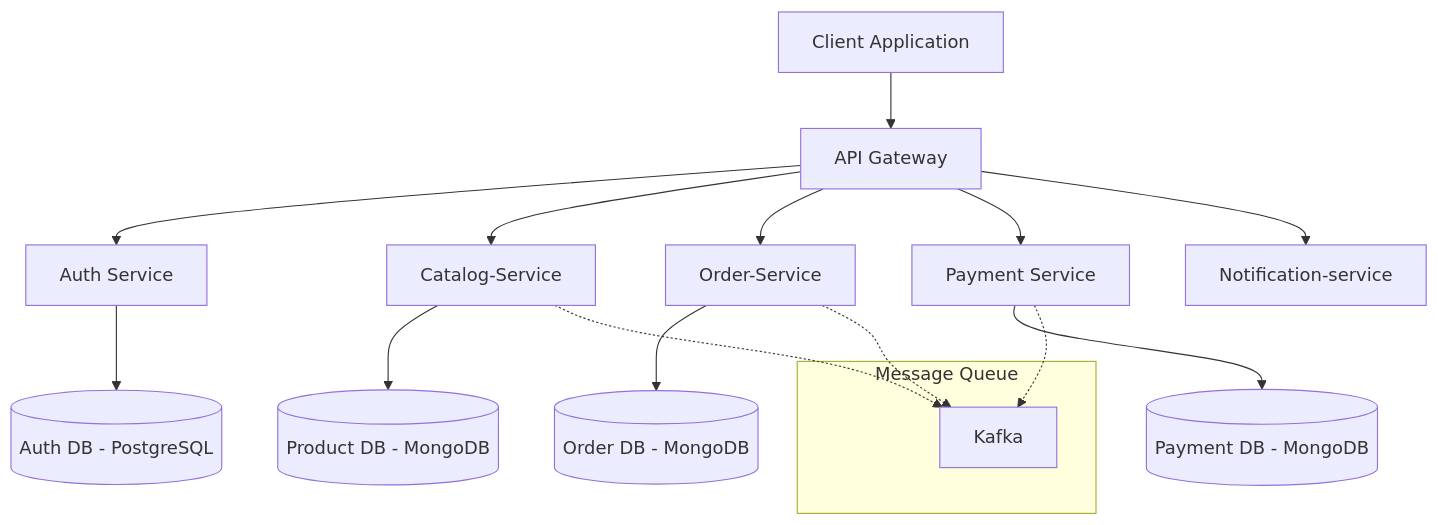
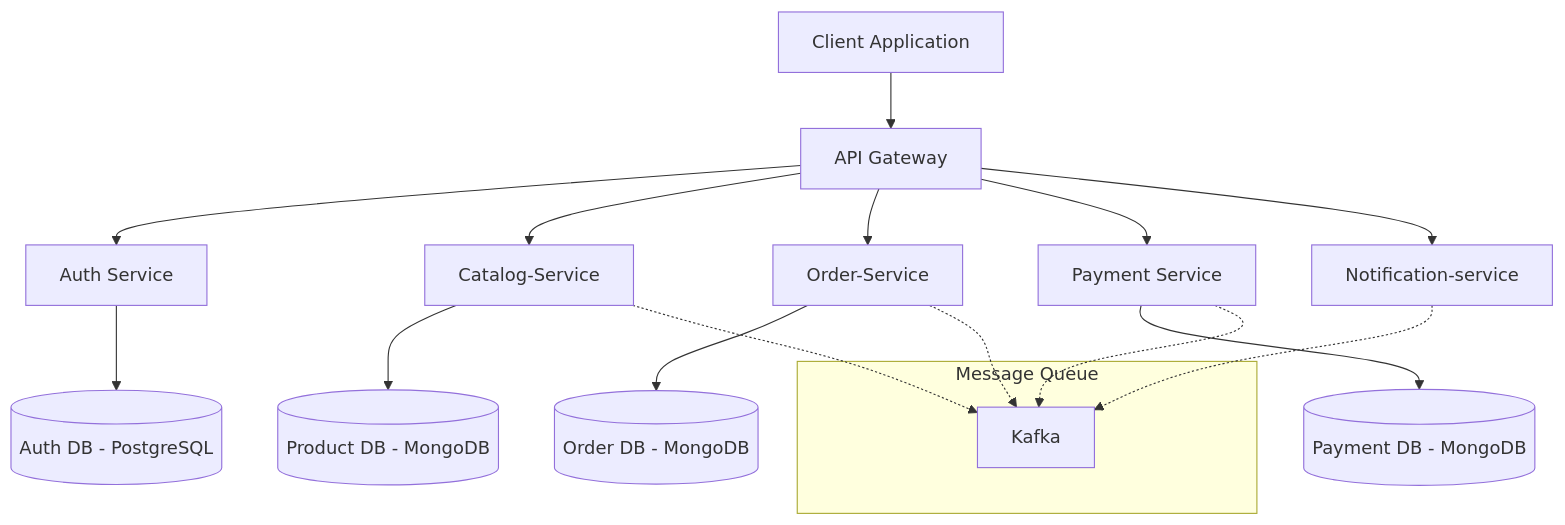
One commit to jabinv13/CrunchCab_Microservice changed the diagram in README.md. Above: the diagram before and after it, drawn with Mermaid.

````diff
--- a/README.md
+++ b/README.md
@@ -43,23 +43,24 @@
 ```mermaid
 graph TD
     Client[Client Application] --> Gateway[API Gateway]
     Gateway --> Auth[Auth Service]
     Gateway --> Products[Catalog-Service]
     Gateway --> Orders[Order-Service]
     Gateway --> Payments[Payment Service]
     Gateway --> Notification[Notification-service]
     
     Auth --> AuthDB[(Auth DB - PostgreSQL)]
     Products --> ProductDB[(Product DB - MongoDB)]
     Orders --> OrderDB[(Order DB - MongoDB)]
     Payments --> PaymentDB[(Payment DB - MongoDB)]
     
     subgraph Message Queue
         Kafka
     end
     
     
     Products -.-> Kafka
     Orders -.-> Kafka
     Payments -.-> Kafka
+    Notification -.-> Kafka
 ```
````
